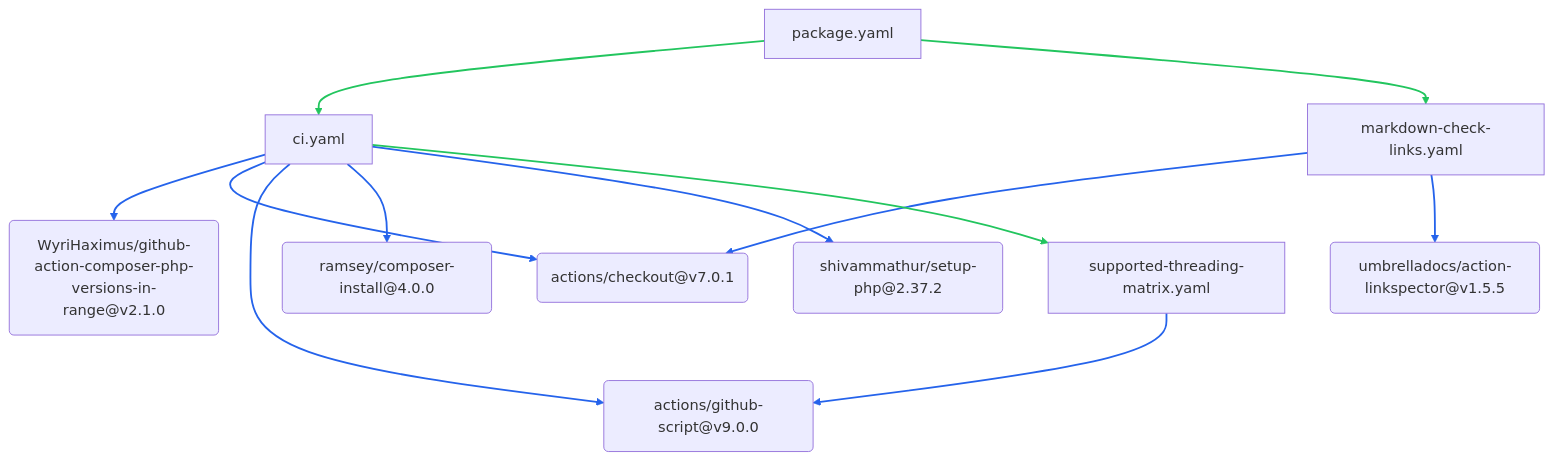
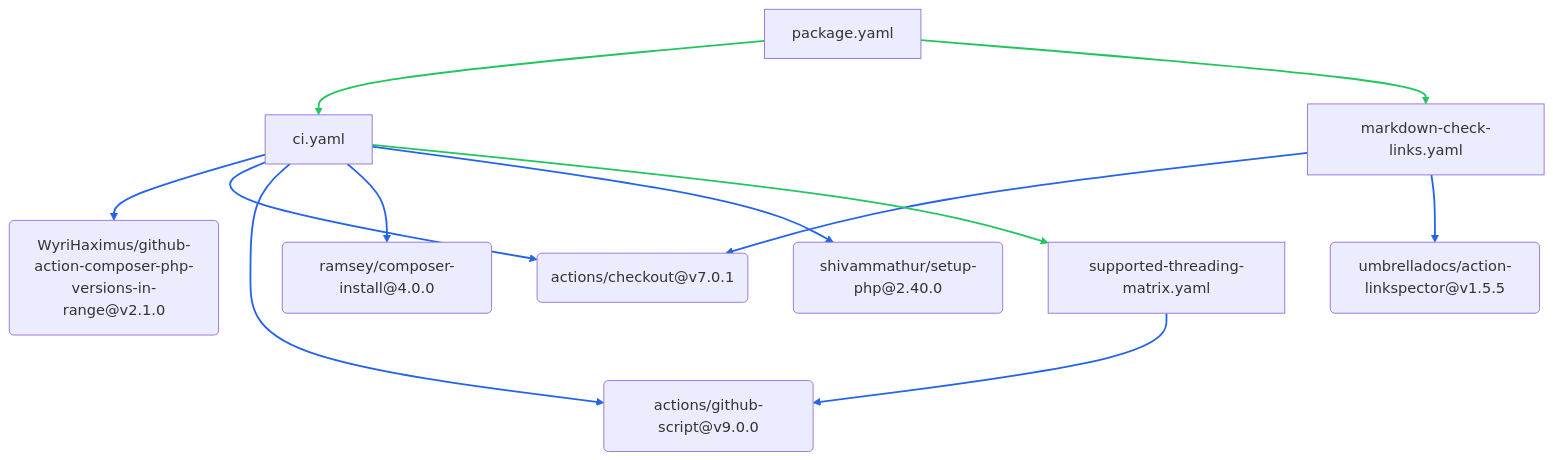
Before and after one commit to WyriHaximus/github-workflows: the first of 6 diagrams in README.md, drawn with Mermaid. The commit also changed other lines of this file and 2 other files, not shown here.

Commit message:
Update shivammathur/setup-php action to v2.40.0

````diff
--- a/README.md
+++ b/README.md
@@ -352,26 +352,26 @@
 ```mermaid
 flowchart TB
   package_ci["ci.yaml"] --> package_a0("WyriHaximus/github-action-composer-php-versions-in-range@v2.1.0")
   package_ci["ci.yaml"] --> package_a1("actions/checkout@v7.0.1")
   package_ci["ci.yaml"] --> package_a2("actions/github-script@v9.0.0")
   package_ci["ci.yaml"] --> package_a3("ramsey/composer-install@4.0.0")
-  package_ci["ci.yaml"] --> package_a4("shivammathur/setup-php@2.37.2")
+  package_ci["ci.yaml"] --> package_a4("shivammathur/setup-php@2.40.0")
   package_markdown_check_links["markdown-check-links.yaml"] --> package_a1("actions/checkout@v7.0.1")
   package_markdown_check_links["markdown-check-links.yaml"] --> package_a5("umbrelladocs/action-linkspector@v1.5.5")
   package_supported_threading_matrix["supported-threading-matrix.yaml"] --> package_a2("actions/github-script@v9.0.0")
   package_ci["ci.yaml"] --> package_supported_threading_matrix["supported-threading-matrix.yaml"]
   package_package["package.yaml"] --> package_ci["ci.yaml"]
   package_package["package.yaml"] --> package_markdown_check_links["markdown-check-links.yaml"]
   linkStyle 8,9,10 stroke:#22c55e,stroke-width:2px
   linkStyle 0,1,2,3,4,5,6,7 stroke:#2563eb,stroke-width:2px
   click package_a0 "https://github.com/WyriHaximus/github-action-composer-php-versions-in-range/releases/tag/v2.1.0" _blank
   click package_a1 "https://github.com/actions/checkout/releases/tag/v7.0.1" _blank
   click package_a2 "https://github.com/actions/github-script/releases/tag/v9.0.0" _blank
   click package_a3 "https://github.com/ramsey/composer-install/releases/tag/4.0.0" _blank
-  click package_a4 "https://github.com/shivammathur/setup-php/releases/tag/2.37.2" _blank
+  click package_a4 "https://github.com/shivammathur/setup-php/releases/tag/2.40.0" _blank
   click package_a5 "https://github.com/umbrelladocs/action-linkspector/releases/tag/v1.5.5" _blank
   click package_ci "https://github.com/WyriHaximus/github-workflows/blob/main/.github/workflows/ci.yaml" _blank
   click package_markdown_check_links "https://github.com/WyriHaximus/github-workflows/blob/main/.github/workflows/markdown-check-links.yaml" _blank
   click package_package "https://github.com/WyriHaximus/github-workflows/blob/main/.github/workflows/package.yaml" _blank
   click package_supported_threading_matrix "https://github.com/WyriHaximus/github-workflows/blob/main/.github/workflows/supported-threading-matrix.yaml" _blank
 ```
````
